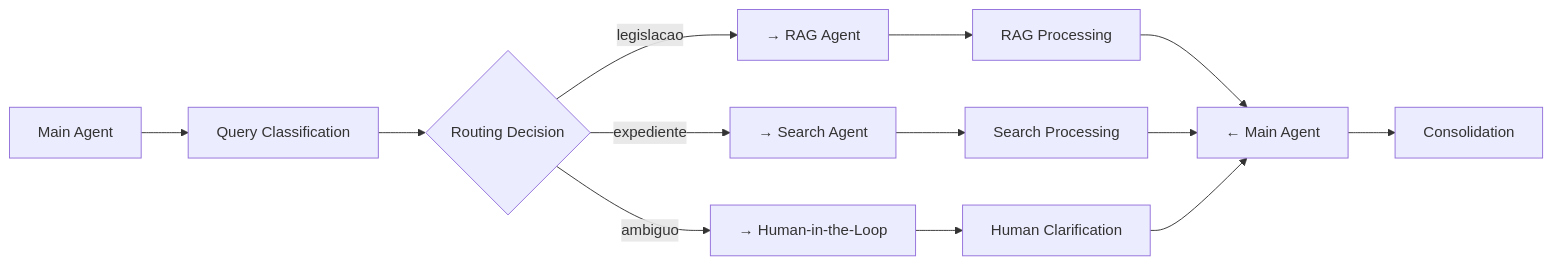
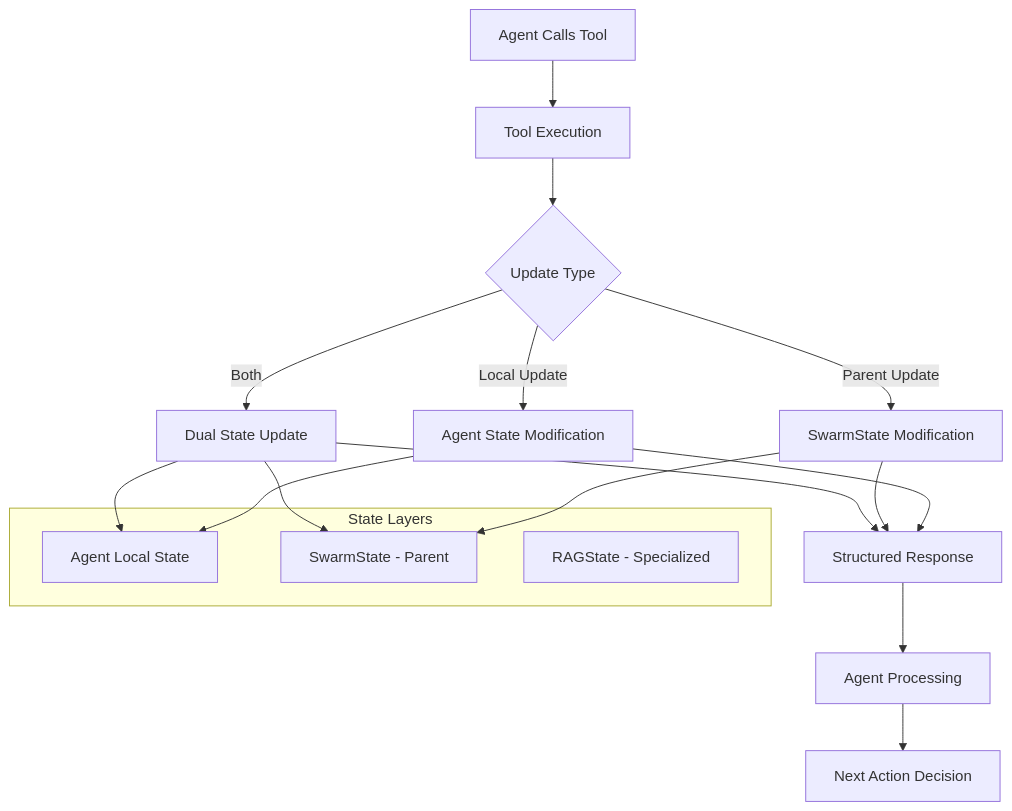
The eighth of 18 diagrams in docs/tce_swarm/ARCHITECTURE_COMPLETE.md (jgabriellima/coagent01-graph), drawn with Mermaid before and after one commit. The commit also changed other lines of this file and 13 other files, not shown here.

First line of the commit message:
feat: Update TCE-PA architecture and documentation

````diff
--- a/docs/tce_swarm/ARCHITECTURE_COMPLETE.md
+++ b/docs/tce_swarm/ARCHITECTURE_COMPLETE.md
@@ -681,19 +1008,27 @@
 ```mermaid
-flowchart LR
-    MAIN[Main Agent] --> CLASSIFY[Query Classification]
-    CLASSIFY --> DECISION{Routing Decision}
+graph TD
+    A[Agent Calls Tool] --> B[Tool Execution]
+    B --> C{Update Type}
     
-    DECISION -->|legislacao| RAG_HANDOFF[→ RAG Agent]
-    DECISION -->|expediente| SEARCH_HANDOFF[→ Search Agent]
-    DECISION -->|ambiguo| HUMAN_HANDOFF[→ Human-in-the-Loop]
+    C -->|Local Update| D[Agent State Modification]
+    C -->|Parent Update| E[SwarmState Modification]
+    C -->|Both| F[Dual State Update]
     
-    RAG_HANDOFF --> RAG_PROCESS[RAG Processing]
-    SEARCH_HANDOFF --> SEARCH_PROCESS[Search Processing]
-    HUMAN_HANDOFF --> HUMAN_PROCESS[Human Clarification]
+    D --> G[Structured Response]
+    E --> G
+    F --> G
     
-    RAG_PROCESS --> RETURN_MAIN[← Main Agent]
-    SEARCH_PROCESS --> RETURN_MAIN
-    HUMAN_PROCESS --> RETURN_MAIN
+    G --> H[Agent Processing]
+    H --> I[Next Action Decision]
     
-    RETURN_MAIN --> CONSOLIDATE[Consolidation]
+    subgraph "State Layers"
+        J[Agent Local State]
+        K[SwarmState - Parent]
+        L[RAGState - Specialized]
+    end
+    
+    D --> J
+    E --> K
+    F --> K
+    F --> J
 ```
````
